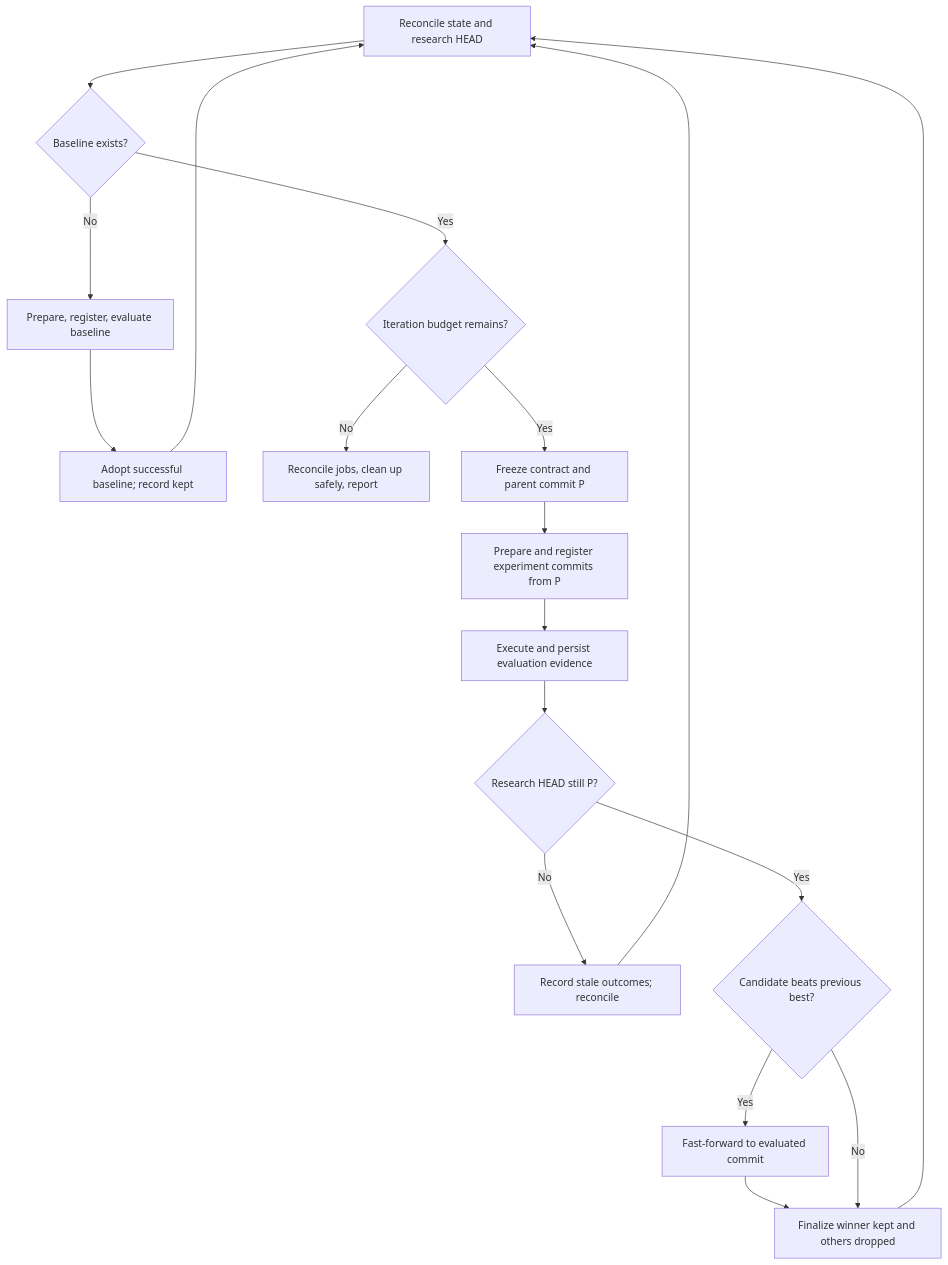
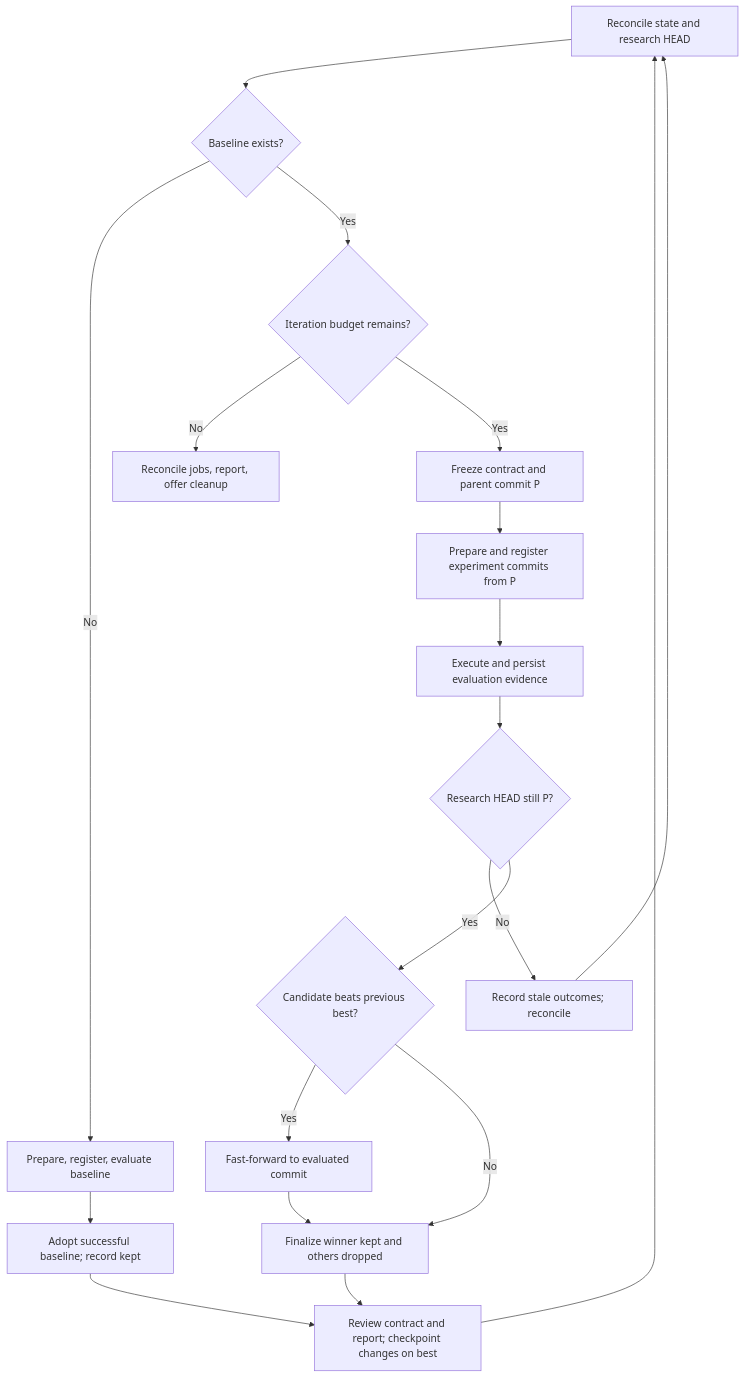
One commit to xiahouzuoxin/bunny changed the diagram in skills/autoresearch/docs/experiment_loop.md. Above: the diagram before and after it, drawn with Mermaid. The commit also changed other lines of this file and 6 other files, not shown here.

````diff
--- a/skills/autoresearch/docs/experiment_loop.md
+++ b/skills/autoresearch/docs/experiment_loop.md
@@ -5,20 +5,21 @@
 ```mermaid
 flowchart TD
     R[Reconcile state and research HEAD] --> B{Baseline exists?}
     B -- No --> BL[Prepare, register, evaluate baseline]
     BL --> BK[Adopt successful baseline; record kept]
-    BK --> R
+    BK --> C[Review contract and report; checkpoint changes on best]
     B -- Yes --> L{Iteration budget remains?}
-    L -- No --> E[Reconcile jobs, clean up safely, report]
+    L -- No --> E[Reconcile jobs, report, offer cleanup]
     L -- Yes --> P[Freeze contract and parent commit P]
     P --> W[Prepare and register experiment commits from P]
     W --> T[Execute and persist evaluation evidence]
     T --> H{Research HEAD still P?}
     H -- No --> S[Record stale outcomes; reconcile]
     S --> R
     H -- Yes --> K{Candidate beats previous best?}
     K -- Yes --> FF[Fast-forward to evaluated commit]
     FF --> D[Finalize winner kept and others dropped]
     K -- No --> D
-    D --> R
+    D --> C
+    C --> R
 ```
````
